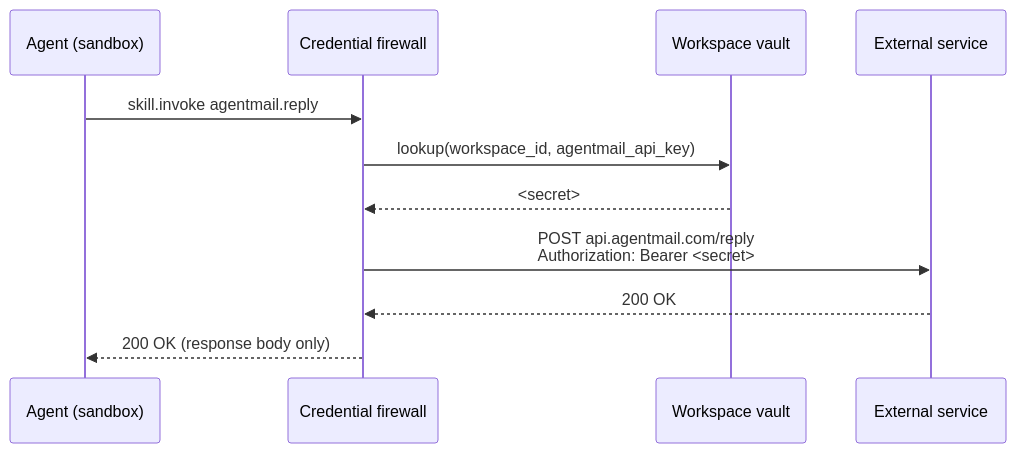
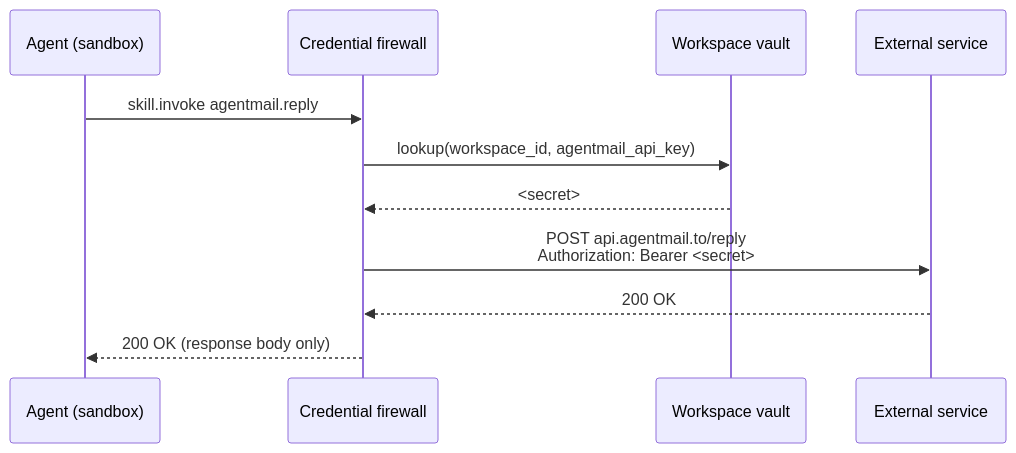
The diagram in zombies/credentials.mdx (usezombie/docs), drawn with Mermaid before and after one commit.

Commit message:
docs(credentials): fix mermaid diagram domain to api.agentmail.to
Matches the domain used in every `network.allow` list across the PR
(install, skills, templates, quickstart). A reader copying from the
diagram would have added the wrong host to their allowlist.

````diff
--- a/zombies/credentials.mdx
+++ b/zombies/credentials.mdx
@@ -12,14 +12,14 @@
 ```mermaid
 sequenceDiagram
     participant A as Agent (sandbox)
     participant F as Credential firewall
     participant V as Workspace vault
     participant E as External service
 
     A->>F: skill.invoke agentmail.reply
     F->>V: lookup(workspace_id, agentmail_api_key)
     V-->>F: <secret>
-    F->>E: POST api.agentmail.com/reply<br/>Authorization: Bearer <secret>
+    F->>E: POST api.agentmail.to/reply<br/>Authorization: Bearer <secret>
     E-->>F: 200 OK
     F-->>A: 200 OK (response body only)
 ```
````
